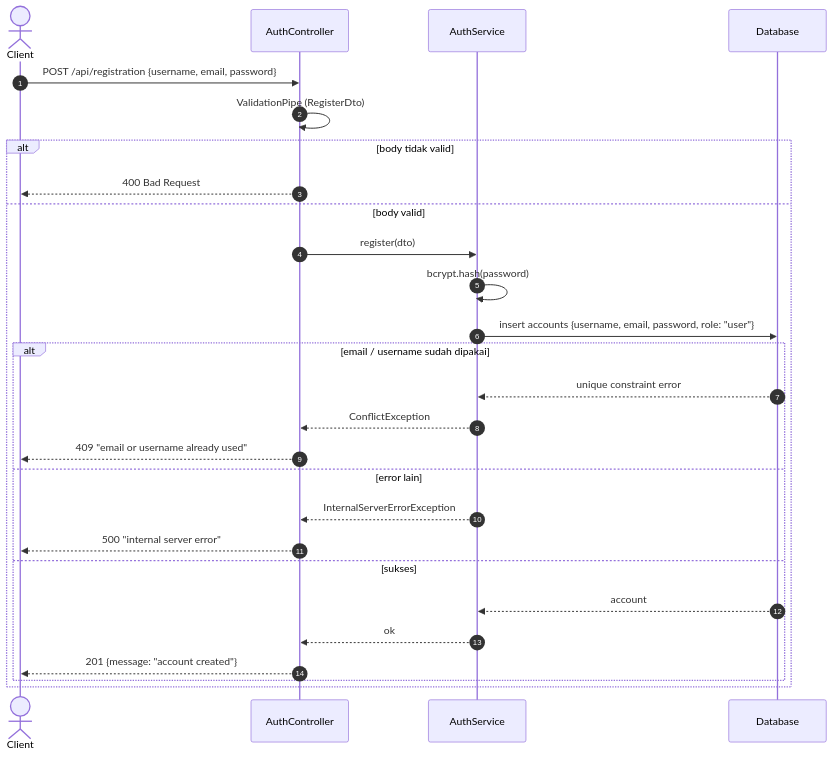
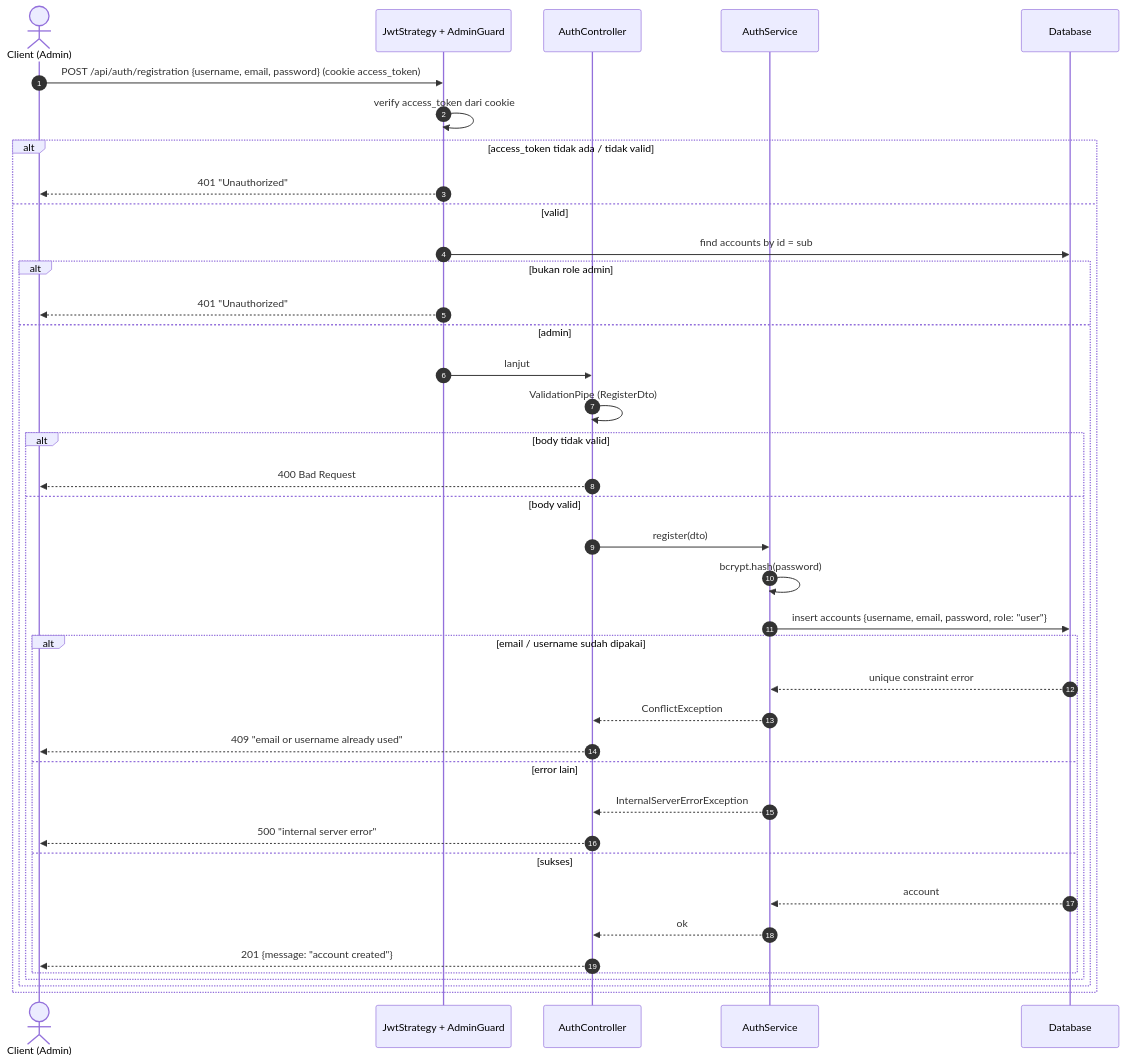
The diagram in docs/uml/src/diagrams/list-diagrams/sequence-register.mmd (dimstyle/ruang-baca), drawn with Mermaid before and after one commit. The commit also changed 6 other files, not shown here.

Commit message:
fix(auth): move routes under /api/auth and restrict registration to admin

```diff
--- a/docs/uml/src/diagrams/list-diagrams/sequence-register.mmd
+++ b/docs/uml/src/diagrams/list-diagrams/sequence-register.mmd
@@ -1,28 +1,40 @@
 sequenceDiagram
     autonumber
-    actor C as Client
+    actor C as Client (Admin)
+    participant G as JwtStrategy + AdminGuard
     participant AC as AuthController
     participant AS as AuthService
     participant DB as Database
 
-    C->>AC: POST /api/registration {username, email, password}
-    AC->>AC: ValidationPipe (RegisterDto)
-    alt body tidak valid
-        AC-->>C: 400 Bad Request
-    else body valid
-        AC->>AS: register(dto)
-        AS->>AS: bcrypt.hash(password)
-        AS->>DB: insert accounts {username, email, password, role: "user"}
-        alt email / username sudah dipakai
-            DB-->>AS: unique constraint error
-            AS-->>AC: ConflictException
-            AC-->>C: 409 "email or username already used"
-        else error lain
-            AS-->>AC: InternalServerErrorException
-            AC-->>C: 500 "internal server error"
-        else sukses
-            DB-->>AS: account
-            AS-->>AC: ok
-            AC-->>C: 201 {message: "account created"}
+    C->>G: POST /api/auth/registration {username, email, password} (cookie access_token)
+    G->>G: verify access_token dari cookie
+    alt access_token tidak ada / tidak valid
+        G-->>C: 401 "Unauthorized"
+    else valid
+        G->>DB: find accounts by id = sub
+        alt bukan role admin
+            G-->>C: 401 "Unauthorized"
+        else admin
+            G->>AC: lanjut
+            AC->>AC: ValidationPipe (RegisterDto)
+            alt body tidak valid
+                AC-->>C: 400 Bad Request
+            else body valid
+                AC->>AS: register(dto)
+                AS->>AS: bcrypt.hash(password)
+                AS->>DB: insert accounts {username, email, password, role: "user"}
+                alt email / username sudah dipakai
+                    DB-->>AS: unique constraint error
+                    AS-->>AC: ConflictException
+                    AC-->>C: 409 "email or username already used"
+                else error lain
+                    AS-->>AC: InternalServerErrorException
+                    AC-->>C: 500 "internal server error"
+                else sukses
+                    DB-->>AS: account
+                    AS-->>AC: ok
+                    AC-->>C: 201 {message: "account created"}
+                end
+            end
         end
     end
```
